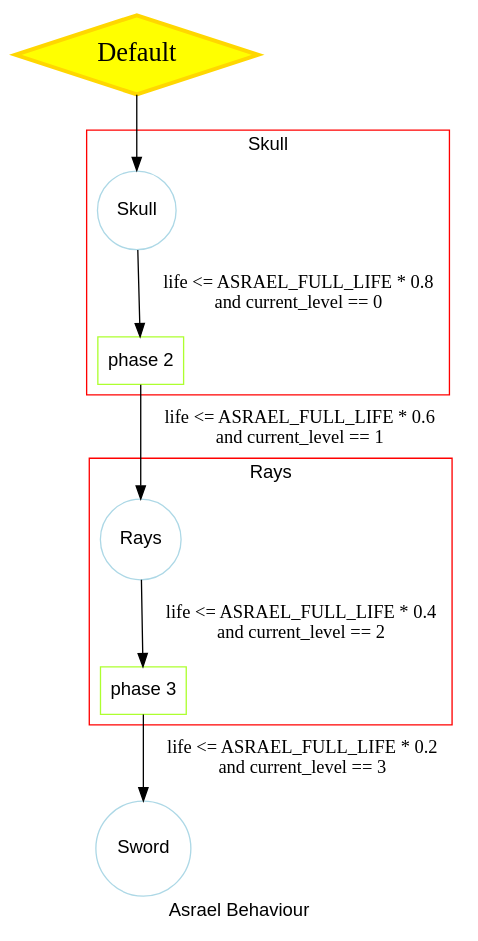
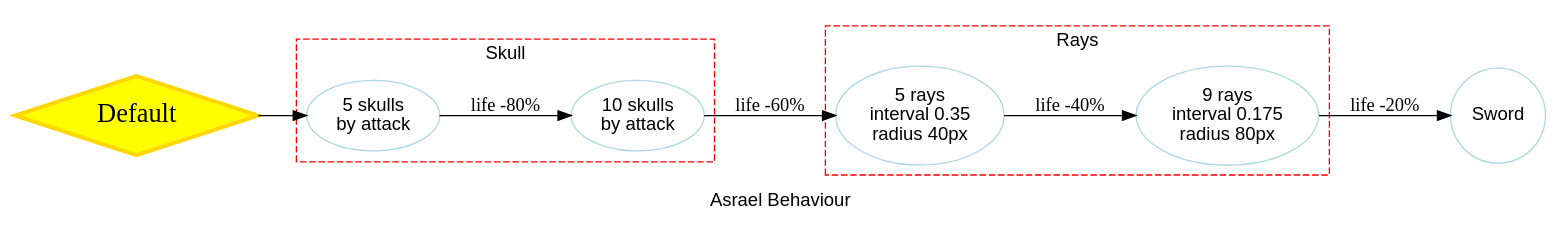
The diagram in Info/asrael_behaviour.dot (NielsOuvrard/TheShadowOfHeaven), drawn with Graphviz before and after one commit. The commit also changed 2 other files, not shown here.

Commit message:
Graph Asrael Phases and update readme
Graph Asrael Phases

update readme

```diff
--- a/Info/asrael_behaviour.dot
+++ b/Info/asrael_behaviour.dot
@@ -1,41 +1,44 @@
-# dot -Tpng -Gdpi=300 sectarian_behaviour.dot -o sectarian_behaviour.png
+# dot -Tpng -Gdpi=300 Info/asrael_behaviour.dot -o Info/asrael_behaviour.png
 
 digraph AsraelBehaviour {
     label="Asrael Behaviour";
     color=gray;
     fontname="Arial";
+    rankdir=LR;
 
     Default [label="Default", shape=diamond, color=gold, fillcolor=yellow, fontcolor=black, fontsize=20, style=filled, penwidth=3]
 
-    Skull [label="Skull", shape=circle, color=lightblue, fontname="Arial"];
-    Rays [label="Rays", shape=circle, color=lightblue, fontname="Arial"];
+    Skull [label="5 skulls\nby attack", shape=oval, color=lightblue, fontname="Arial"];
+    Rays [label="5 rays\ninterval 0.35\nradius 40px", shape=oval, color=lightblue, fontname="Arial"];
     Sword [label="Sword", shape=circle, color=lightblue, fontname="Arial"];
 
-    Skull2 [label="phase 2", shape=rectangle, color=greenyellow, fontname="Arial"];
-    Rays2 [label="phase 3", shape=rectangle, color=greenyellow, fontname="Arial"];
+    Skull2 [label="10 skulls\nby attack", shape=oval, color=lightblue, fontname="Arial"];
+    Rays2 [label="9 rays\ninterval 0.175\nradius 80px", shape=oval, color=lightblue, fontname="Arial"];
 
     Default -> Skull [label="", color=black];
-    Skull -> Skull2 [label="life <= ASRAEL_FULL_LIFE * 0.8\nand current_level == 0", color=black];
-    Skull2 -> Rays [label="life <= ASRAEL_FULL_LIFE * 0.6\nand current_level == 1", color=black];
-    Rays -> Rays2 [label="life <= ASRAEL_FULL_LIFE * 0.4\nand current_level == 2", color=black];
-    Rays2 -> Sword [label="life <= ASRAEL_FULL_LIFE * 0.2\nand current_level == 3", color=black];
+    Skull -> Skull2 [label="life -80%", color=black];
+    Skull2 -> Rays [label="life -60%", color=black];
+    Rays -> Rays2 [label="life -40%", color=black];
+    Rays2 -> Sword [label="life -20%", color=black];
 
     subgraph cluster_Skull {
         label="Skull";
         color=red;
+        style=dashed;
         fontname="Arial";
 
         Skull
         Skull2
     }
 
     subgraph cluster_Rays {
         label="Rays";
         color=red;
+        style=dashed;
         fontname="Arial";
 
         Rays
         Rays2
     }
 
 }
```
